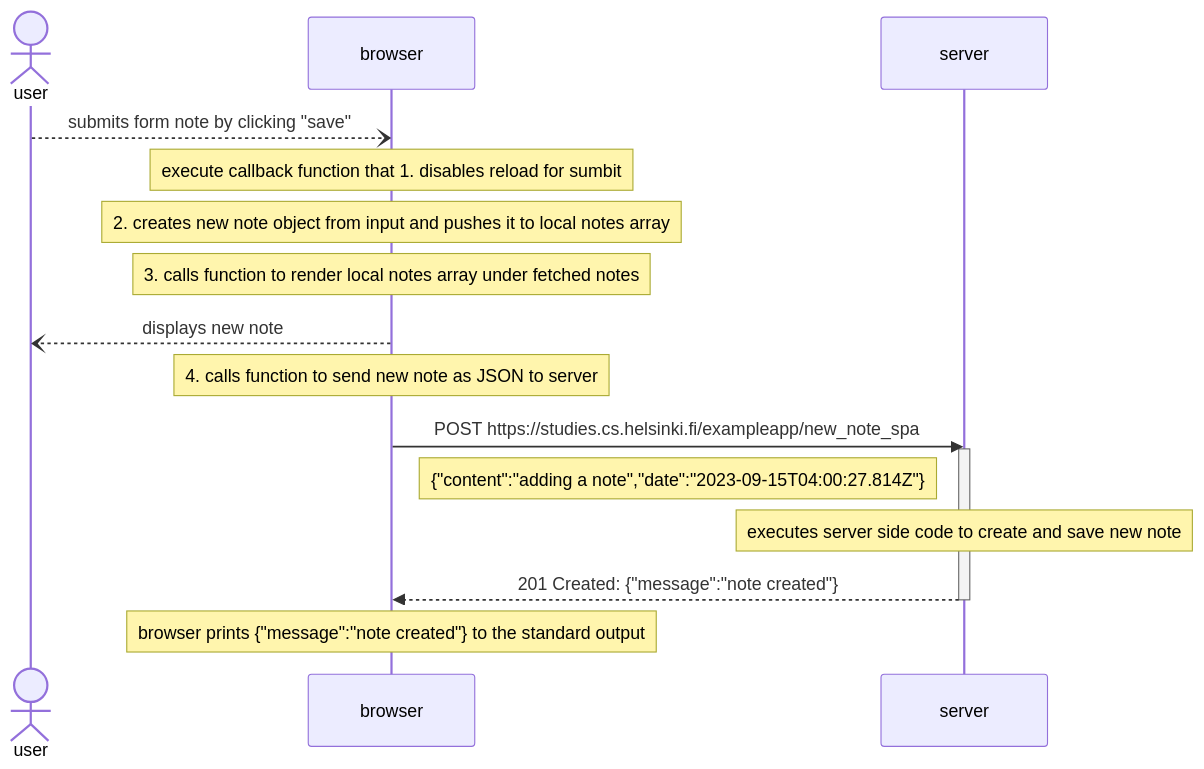
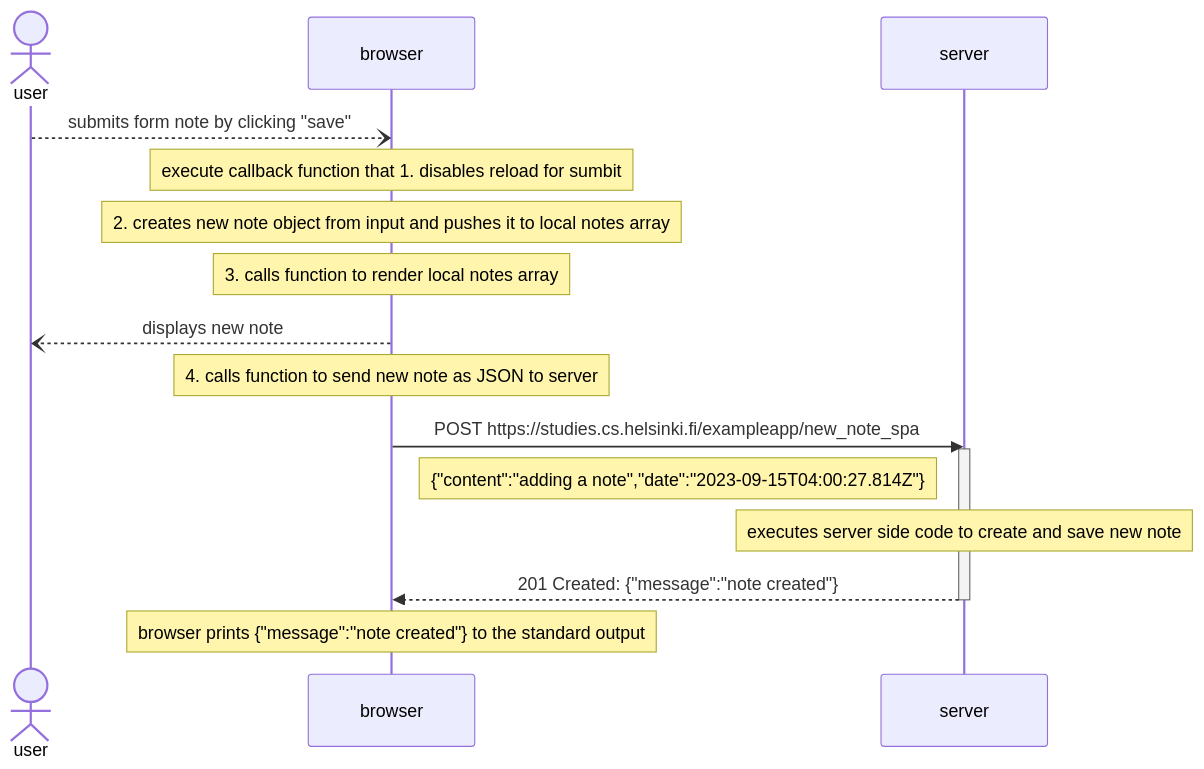
The diagram in part0/0.6-new-note-sp-app-diagram.md (Dani-0TB/fullstack-open-submissions), drawn with Mermaid before and after one commit. The commit also changed 1 other file, not shown here.

Commit message:
final fixes to best represent interactions

````diff
--- a/part0/0.6-new-note-sp-app-diagram.md
+++ b/part0/0.6-new-note-sp-app-diagram.md
@@ -3,24 +3,24 @@
 ```mermaid
 
 sequenceDiagram
   actor user
   participant browser
   participant server
   
   user--)browser: submits form note by clicking "save"
   note over browser: execute callback function that 1. disables reload for sumbit
   note over browser: 2. creates new note object from input and pushes it to local notes array
-  note over browser: 3. calls function to render local notes array under fetched notes
+  note over browser: 3. calls function to render local notes array
   browser--)user: displays new note
-
   note over browser: 4. calls function to send new note as JSON to server
+  
   browser->>server: POST https://studies.cs.helsinki.fi/exampleapp/new_note_spa
   activate server
   note right of browser: {"content":"adding a note","date":"2023-09-15T04:00:27.814Z"}
   note over server: executes server side code to create and save new note
   server-->>browser: 201 Created: {"message":"note created"}
   deactivate server
 
   note over browser: browser prints {"message":"note created"} to the standard output
 
 ```
````
